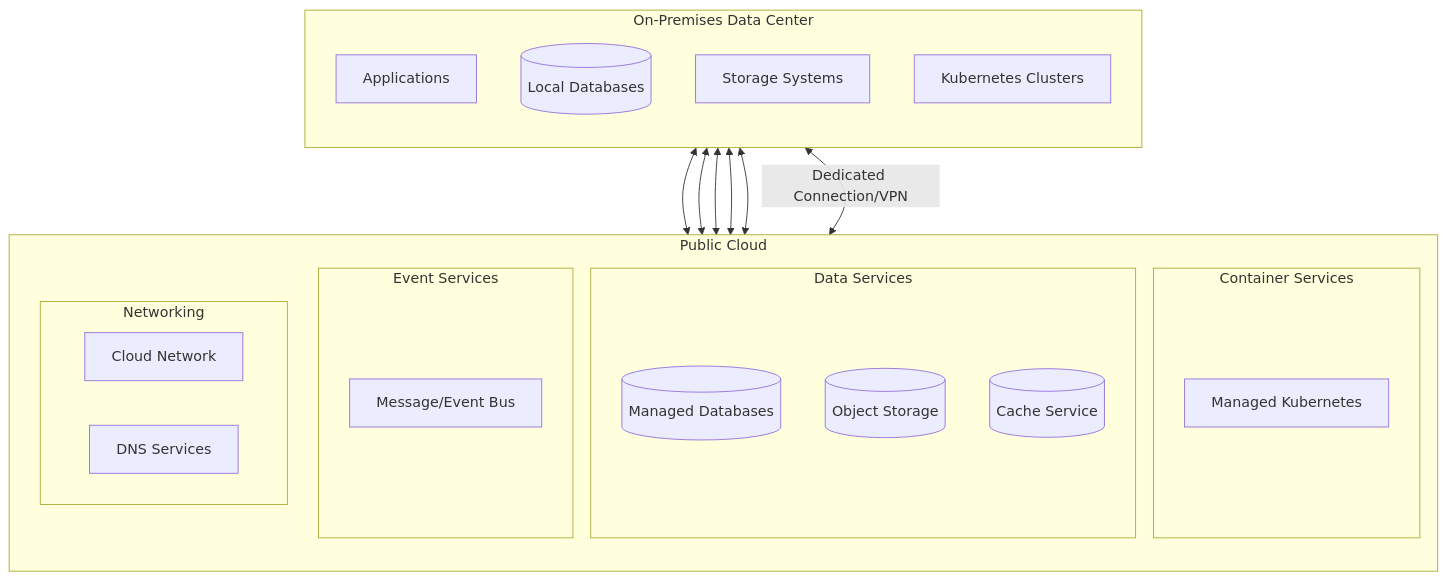
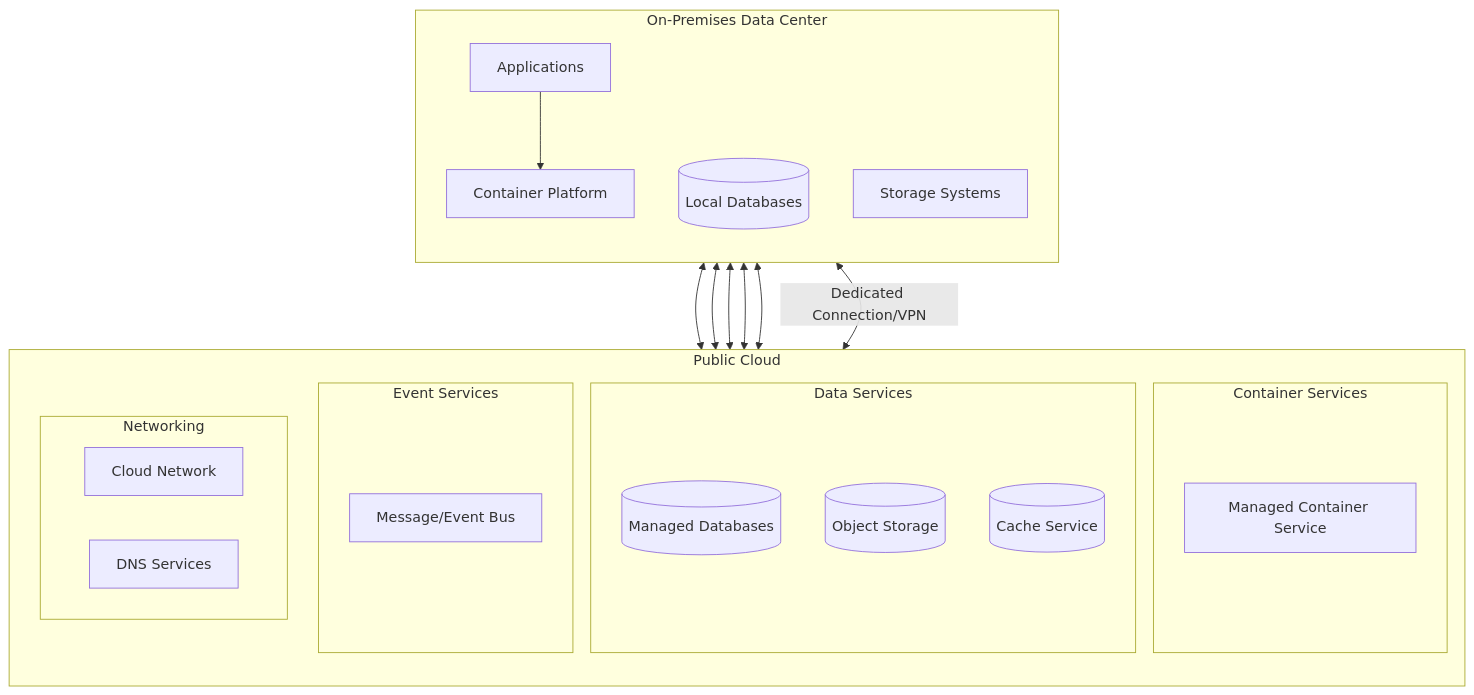
One commit to henryrestive/infra-docs changed the diagram in Generic-HybridCloud.md. Above: the diagram before and after it, drawn with Mermaid.

Commit message:
Changing K8s to generic names

````diff
--- a/Generic-HybridCloud.md
+++ b/Generic-HybridCloud.md
@@ -8,34 +8,40 @@
 ```mermaid
 graph TB
-subgraph OnPrem[On-Premises Data Center]
-direction TB
-Apps[Applications]
-LocalDB[(Local Databases)]
-LocalStorage[Storage Systems]
-K8s[Kubernetes Clusters]
-end
-subgraph Cloud[Public Cloud]
-direction TB
-subgraph Compute[Container Services]
-ManagedK8s[Managed Kubernetes]
-end
-subgraph Data[Data Services]
-ManagedDB[(Managed Databases)]
-ObjectStorage[(Object Storage)]
-Cache[(Cache Service)]
-end
-subgraph Messaging[Event Services]
-EventBus[Message/Event Bus]
-end
-subgraph Network[Networking]
-CloudNet[Cloud Network]
-DNS[DNS Services]
-end
-end
-OnPrem <--> |Dedicated Connection/VPN| Network
-Apps <--> ManagedK8s
-LocalDB <--> ManagedDB
-LocalStorage <--> ObjectStorage
-K8s <--> ManagedK8s
-Apps <--> EventBus
+    subgraph OnPrem[On-Premises Data Center]
+        direction TB
+        Apps[Applications]
+        ContainerPlatform[Container Platform]
+        LocalDB[(Local Databases)]
+        LocalStorage[Storage Systems]
+    end
+
+    subgraph Cloud[Public Cloud]
+        direction TB
+        subgraph Compute[Container Services]
+            ManagedContainers[Managed Container Service]
+        end
+        
+        subgraph Data[Data Services]
+            ManagedDB[(Managed Databases)]
+            ObjectStorage[(Object Storage)]
+            Cache[(Cache Service)]
+        end
+        
+        subgraph Messaging[Event Services]
+            EventBus[Message/Event Bus]
+        end
+        
+        subgraph Network[Networking]
+            CloudNet[Cloud Network]
+            DNS[DNS Services]
+        end
+    end
+
+    OnPrem <--> |Dedicated Connection/VPN| Network
+    Apps --> ContainerPlatform
+    ContainerPlatform <--> ManagedContainers
+    LocalDB <--> ManagedDB
+    LocalStorage <--> ObjectStorage
+    Apps <--> EventBus
+    ContainerPlatform <--> Cache
 ```
````
